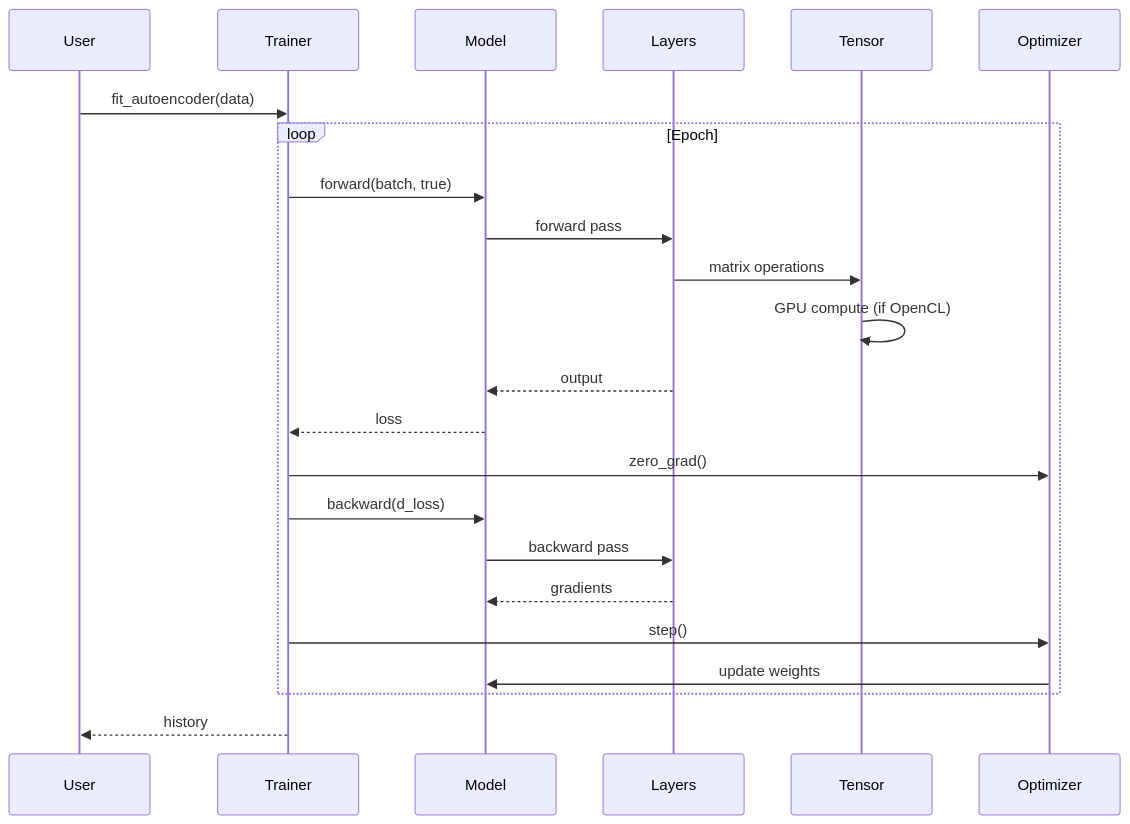
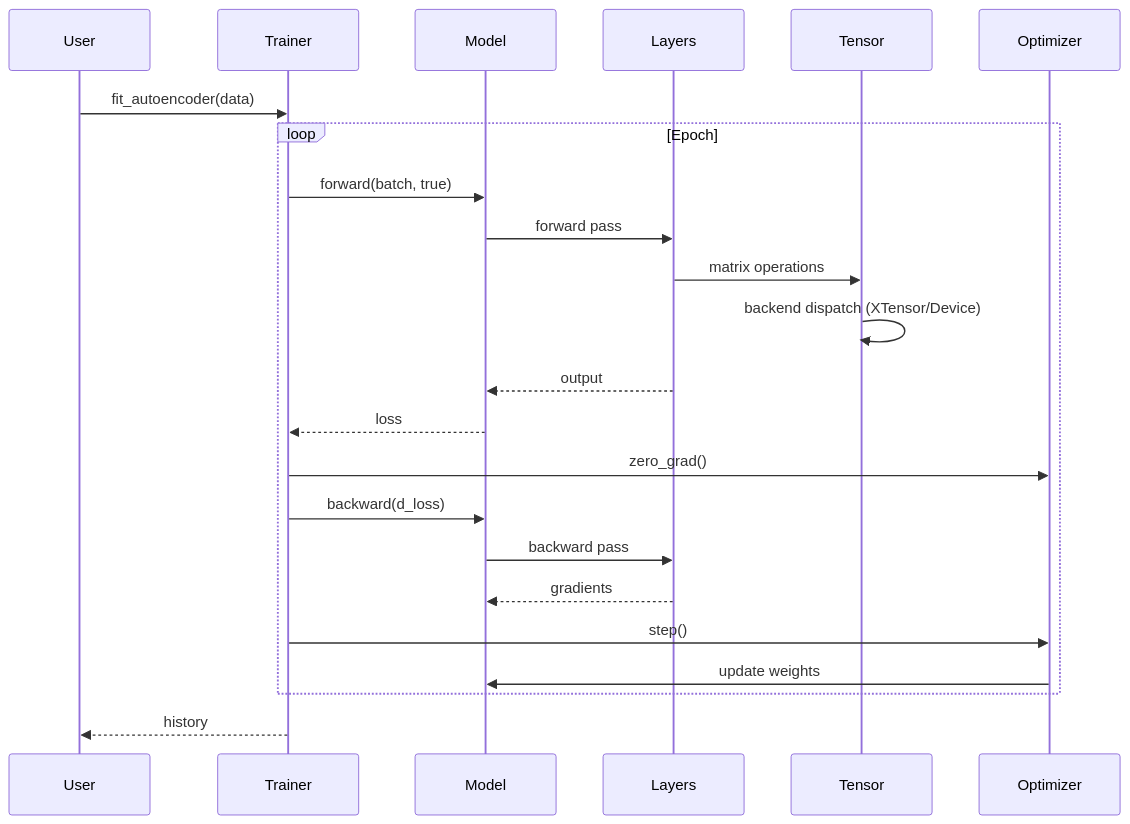
The second of 3 diagrams in software/nn/.wiki/Architecture.md (ensismoebius/doutorado), drawn with Mermaid before and after one commit. The commit also changed other lines of this file and 178 other files, not shown here.

````diff
--- a/software/nn/.wiki/Architecture.md
+++ b/software/nn/.wiki/Architecture.md
@@ -132,27 +132,27 @@
 ```mermaid
 sequenceDiagram
     participant User
     participant Trainer
     participant Model
     participant Layers
     participant Tensor
     participant Optimizer
 
     User->>Trainer: fit_autoencoder(data)
     loop Epoch
         Trainer->>Model: forward(batch, true)
         Model->>Layers: forward pass
         Layers->>Tensor: matrix operations
-        Tensor->>Tensor: GPU compute (if OpenCL)
+        Tensor->>Tensor: backend dispatch (XTensor/Device)
         Layers-->>Model: output
         Model-->>Trainer: loss
 
         Trainer->>Optimizer: zero_grad()
         Trainer->>Model: backward(d_loss)
         Model->>Layers: backward pass
         Layers-->>Model: gradients
         Trainer->>Optimizer: step()
         Optimizer->>Model: update weights
     end
     Trainer-->>User: history
 ```
````
